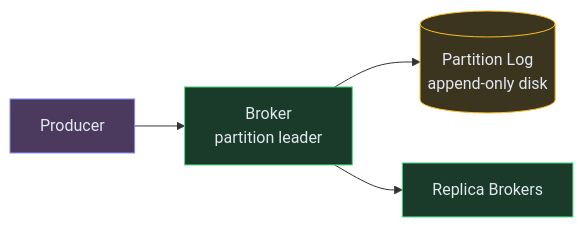
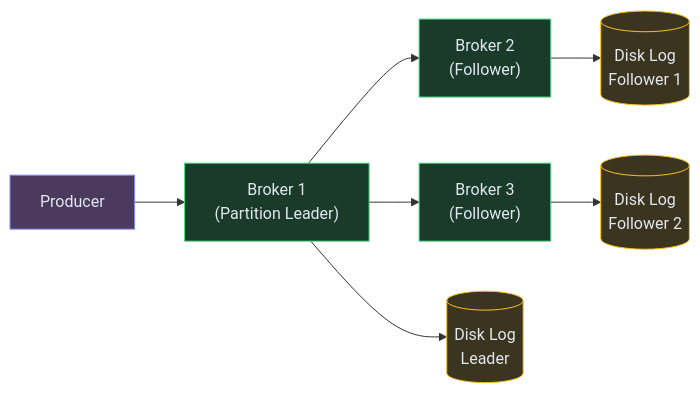
Before and after one commit to iluzn/HLD-Designs: the second of 7 diagrams in content/hld/MessageQueue.md, drawn with Mermaid. The commit also changed other lines of this file and 26 other files, not shown here.

````diff
--- a/content/hld/MessageQueue.md
+++ b/content/hld/MessageQueue.md
@@ -98,15 +165,21 @@
 ```mermaid
 flowchart LR
     PROD["Producer"]:::client
-    BROKER["Broker<br/>partition leader"]:::service
-    LOG[("Partition Log<br/>append-only disk")]:::data
-    REPLICA["Replica Brokers"]:::service
+    LEADER["Broker 1<br/>(Partition Leader)"]:::service
+    FOLL1["Broker 2<br/>(Follower)"]:::service
+    FOLL2["Broker 3<br/>(Follower)"]:::service
+    DISK1[("Disk Log<br/>Leader")]:::data
+    DISK2[("Disk Log<br/>Follower 1")]:::data
+    DISK3[("Disk Log<br/>Follower 2")]:::data
 
-    PROD --> BROKER
-    BROKER --> LOG
-    BROKER --> REPLICA
+    PROD --> LEADER
+    LEADER --> DISK1
+    LEADER --> FOLL1
+    LEADER --> FOLL2
+    FOLL1 --> DISK2
+    FOLL2 --> DISK3
 
     classDef client fill:#4c3a5e,stroke:#818cf8,color:#e2e8f0
     classDef service fill:#1a3a2a,stroke:#4ade80,color:#e2e8f0
     classDef data fill:#3b3520,stroke:#fbbf24,color:#e2e8f0
 ```
````
